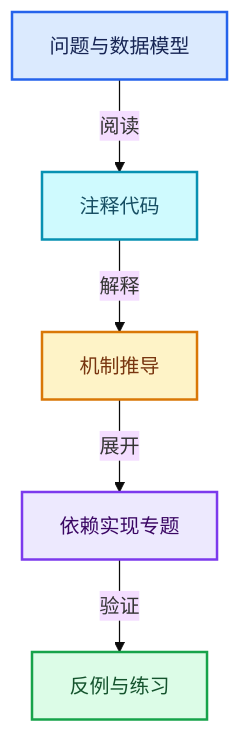
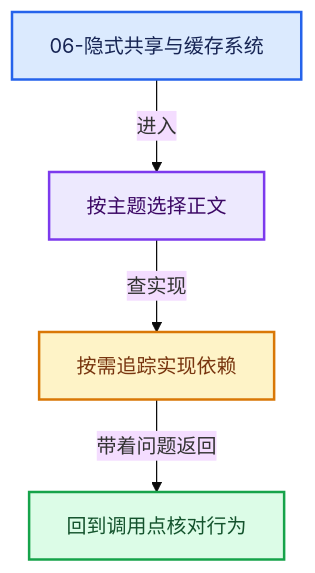
One commit to yunkezengren/blender-.vscode changed the first of 2 diagrams in 杂/markdown/全面学习-codex/06-隐式共享与缓存系统/README.md. Above: the diagram before and after it, drawn with Mermaid (base theme). The commit also changed other lines of this file and 3731 other files, not shown here.

````diff
--- a/杂/markdown/全面学习-codex/06-隐式共享与缓存系统/README.md
+++ b/杂/markdown/全面学习-codex/06-隐式共享与缓存系统/README.md
@@ -25,18 +18,16 @@
 ```mermaid
 flowchart TB
-  A["问题与数据模型"]:::input
-  B["注释代码"]:::data
-  C["机制推导"]:::compute
-  D["依赖实现专题"]:::abstraction
-  E["反例与练习"]:::result
-  A -->|"阅读"| B
-  B -->|"解释"| C
-  C -->|"展开"| D
-  D -->|"验证"| E
+  E["06-隐式共享与缓存系统"]:::input
+  Q["按主题选择正文"]:::abstraction
+  S["按需追踪实现依赖"]:::compute
+  R["回到调用点核对行为"]:::result
+  E -->|"进入"| Q
+  Q -->|"查实现"| S
+  S -->|"带着问题返回"| R
   classDef input fill:#DBEAFE,stroke:#2563EB,color:#172554,stroke-width:2px;
   classDef data fill:#CFFAFE,stroke:#0891B2,color:#164E63,stroke-width:2px;
   classDef abstraction fill:#EDE9FE,stroke:#7C3AED,color:#3B0764,stroke-width:2px;
   classDef compute fill:#FEF3C7,stroke:#D97706,color:#78350F,stroke-width:2px;
   classDef result fill:#DCFCE7,stroke:#16A34A,color:#14532D,stroke-width:2px;
   classDef error fill:#FEE2E2,stroke:#DC2626,color:#7F1D1D,stroke-width:2px;
 ```
````
